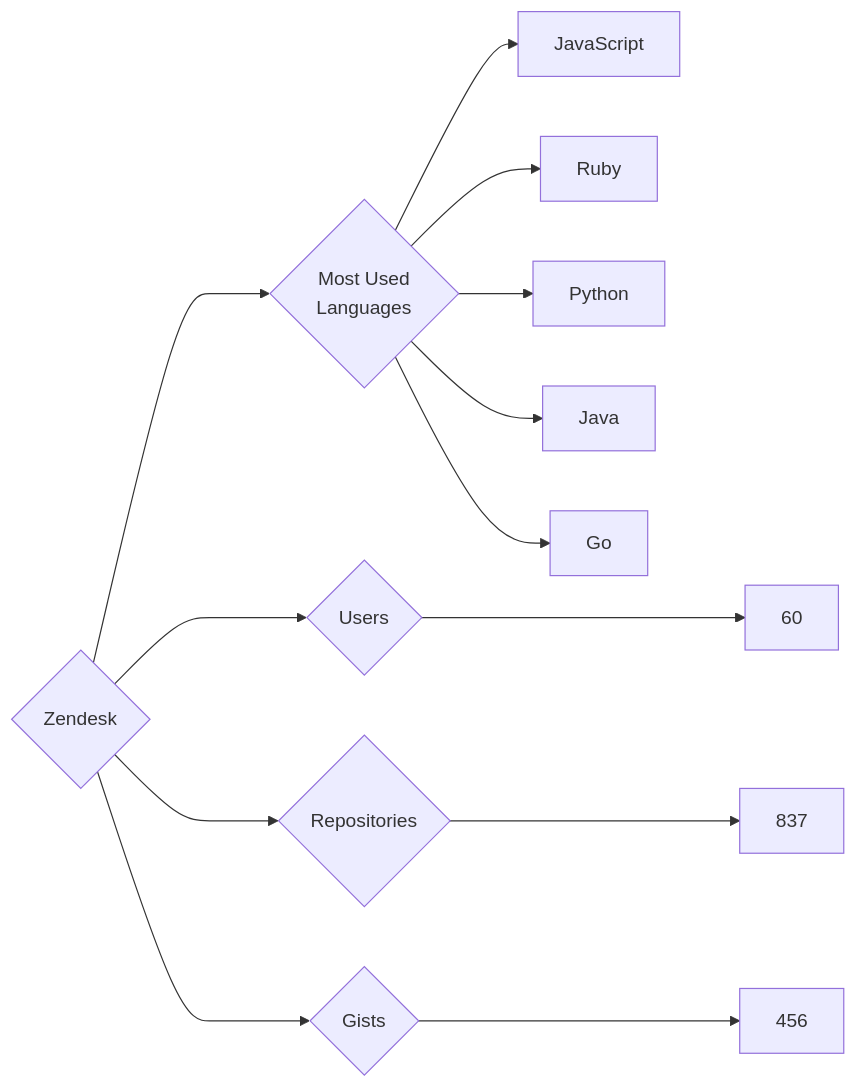
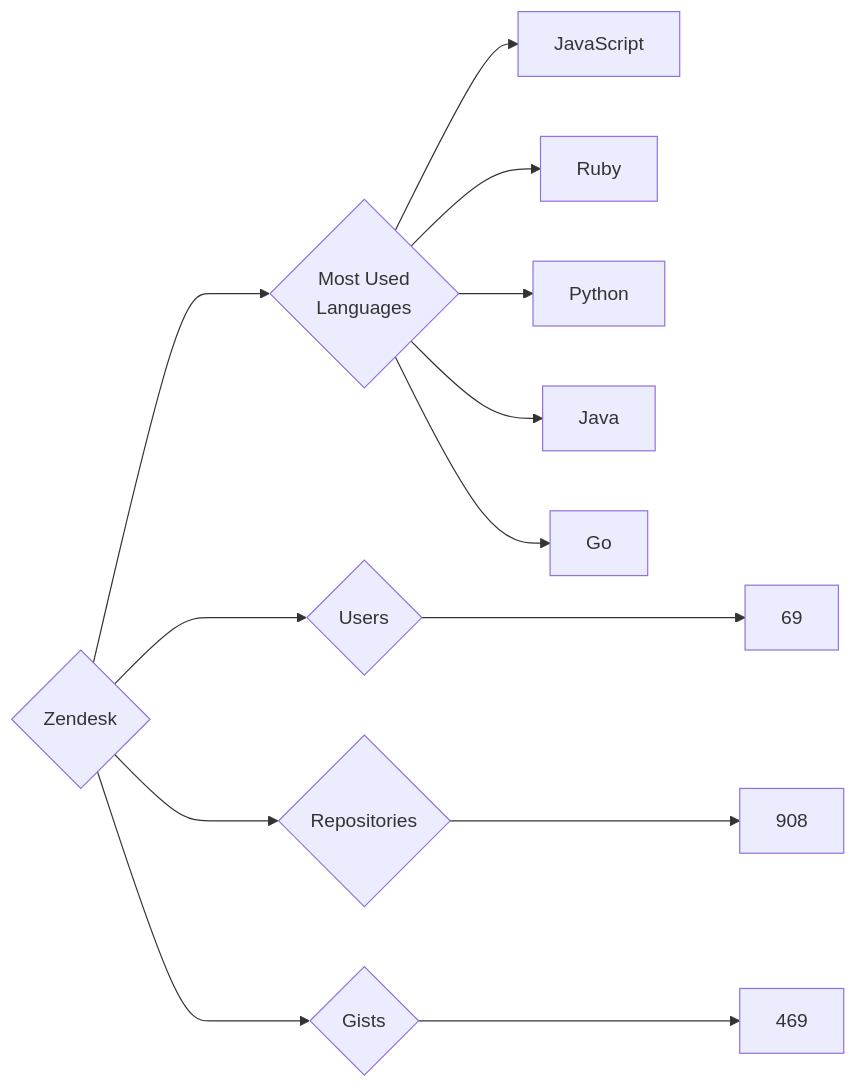
Before and after one commit to trickest/insiders: the diagram in targets/Zendesk/README.md, drawn with Mermaid. The commit also changed 677 other files, not shown here.

````diff
--- a/targets/Zendesk/README.md
+++ b/targets/Zendesk/README.md
@@ -3,13 +3,13 @@
 ```mermaid
 graph LR
 COMPANY_NAME{Zendesk}
-COMPANY_NAME ---> U{Users} ---> UN[60]
-COMPANY_NAME ---> R{Repositories} ---> RN[837]
-COMPANY_NAME ---> G{Gists} ---> GN[456]
+COMPANY_NAME ---> U{Users} ---> UN[69]
+COMPANY_NAME ---> R{Repositories} ---> RN[908]
+COMPANY_NAME ---> G{Gists} ---> GN[469]
 COMPANY_NAME ---> ML{Most Used<br>Languages}
 ML --> JavaScript[JavaScript]
 ML --> Ruby[Ruby]
 ML --> Python[Python]
 ML --> Java[Java]
 ML --> Go[Go]
 ```
````
